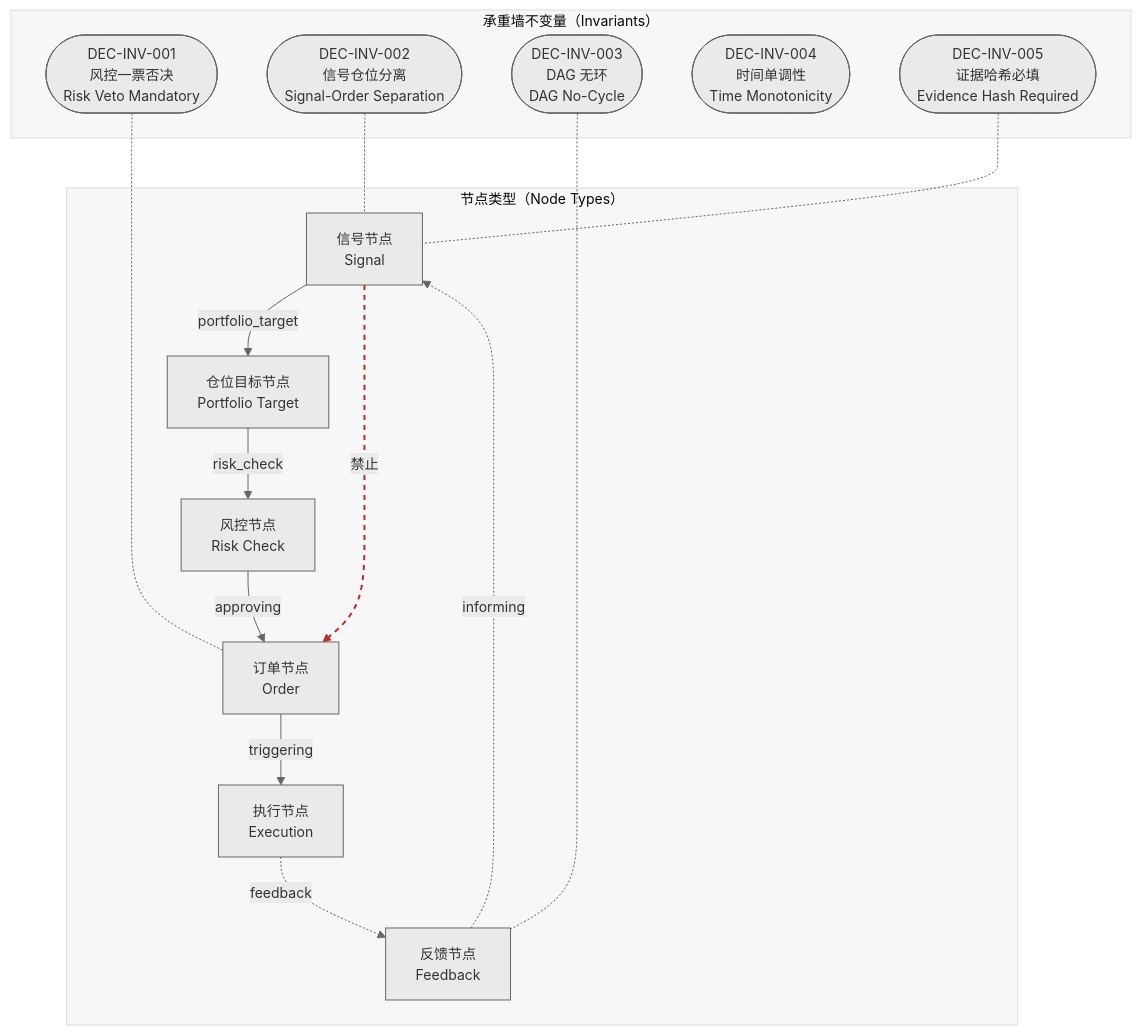
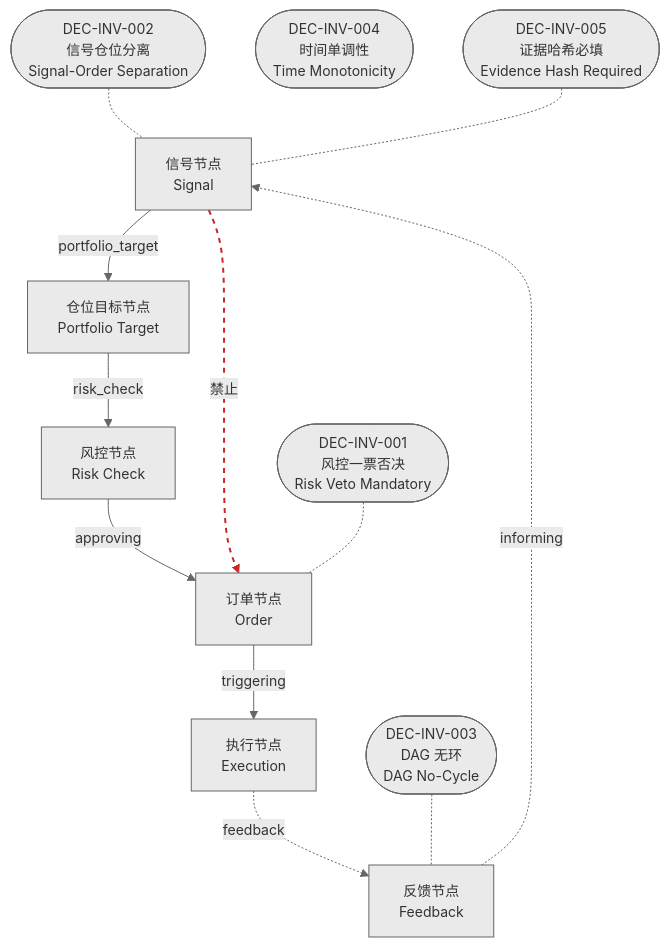
Before and after one commit to xuanFelixVan/ZephyrAlpha: the diagram in docs/02_enterprise_architecture/06_decision_architecture/21_decision_invariants.md, drawn with Mermaid. The commit also changed other lines of this file and 23 other files, not shown here.

First line of the commit message:
fix(decision-diagram): 去掉 subgraph + 加 secondaryColor 修复节点白色

````diff
--- a/docs/02_enterprise_architecture/06_decision_architecture/21_decision_invariants.md
+++ b/docs/02_enterprise_architecture/06_decision_architecture/21_decision_invariants.md
@@ -10,31 +10,27 @@
 ```mermaid
-%%{init: {'theme': 'base', 'themeVariables': {'primaryColor': '#eaeaea', 'primaryTextColor': '#333333', 'primaryBorderColor': '#666666', 'lineColor': '#666666', 'fontSize': '14px'}}}%%
+%%{init: {'theme': 'base', 'themeVariables': {'primaryColor': '#eaeaea', 'primaryTextColor': '#333333', 'primaryBorderColor': '#666666', 'lineColor': '#666666', 'secondaryColor': '#eaeaea', 'tertiaryColor': '#eaeaea', 'fontSize': '14px'}}}%%
 flowchart TD
-    subgraph nt_sg["节点类型（Node Types）"]
-        NT_signal["信号节点<br/>Signal"]
-        NT_portfolio_target["仓位目标节点<br/>Portfolio Target"]
-        NT_risk_check["风控节点<br/>Risk Check"]
-        NT_order["订单节点<br/>Order"]
-        NT_execution["执行节点<br/>Execution"]
-        NT_feedback["反馈节点<br/>Feedback"]
-    end
+    NT_signal["信号节点<br/>Signal"]
+    NT_portfolio_target["仓位目标节点<br/>Portfolio Target"]
+    NT_risk_check["风控节点<br/>Risk Check"]
+    NT_order["订单节点<br/>Order"]
+    NT_execution["执行节点<br/>Execution"]
+    NT_feedback["反馈节点<br/>Feedback"]
     NT_signal -->|portfolio_target| NT_portfolio_target
     NT_portfolio_target -->|risk_check| NT_risk_check
     NT_risk_check -->|approving| NT_order
     NT_order -->|triggering| NT_execution
     NT_execution -.->|feedback| NT_feedback
     NT_feedback -.->|informing| NT_signal
     NT_signal -.->|禁止| NT_order
     linkStyle 6 stroke:#c62828,stroke-width:2px,stroke-dasharray: 5 5
-    subgraph inv_sg["承重墙不变量（Invariants）"]
-        INV_DEC_INV_001(["DEC-INV-001<br/>风控一票否决<br/>Risk Veto Mandatory"])
-        INV_DEC_INV_002(["DEC-INV-002<br/>信号仓位分离<br/>Signal-Order Separation"])
-        INV_DEC_INV_003(["DEC-INV-003<br/>DAG 无环<br/>DAG No-Cycle"])
-        INV_DEC_INV_004(["DEC-INV-004<br/>时间单调性<br/>Time Monotonicity"])
-        INV_DEC_INV_005(["DEC-INV-005<br/>证据哈希必填<br/>Evidence Hash Required"])
-    end
+    INV_DEC_INV_001(["DEC-INV-001<br/>风控一票否决<br/>Risk Veto Mandatory"])
+    INV_DEC_INV_002(["DEC-INV-002<br/>信号仓位分离<br/>Signal-Order Separation"])
+    INV_DEC_INV_003(["DEC-INV-003<br/>DAG 无环<br/>DAG No-Cycle"])
+    INV_DEC_INV_004(["DEC-INV-004<br/>时间单调性<br/>Time Monotonicity"])
+    INV_DEC_INV_005(["DEC-INV-005<br/>证据哈希必填<br/>Evidence Hash Required"])
     INV_DEC_INV_001 -.- NT_order
     INV_DEC_INV_002 -.- NT_signal
     INV_DEC_INV_003 -.- NT_feedback
     INV_DEC_INV_005 -.- NT_signal
 ```
````
